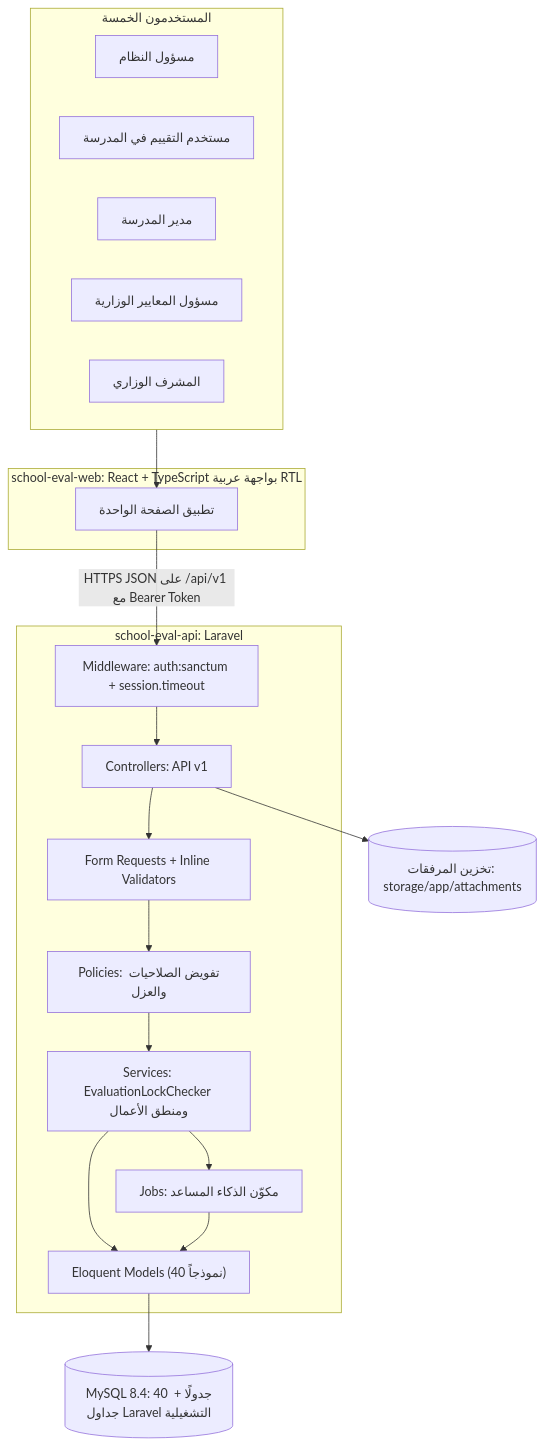
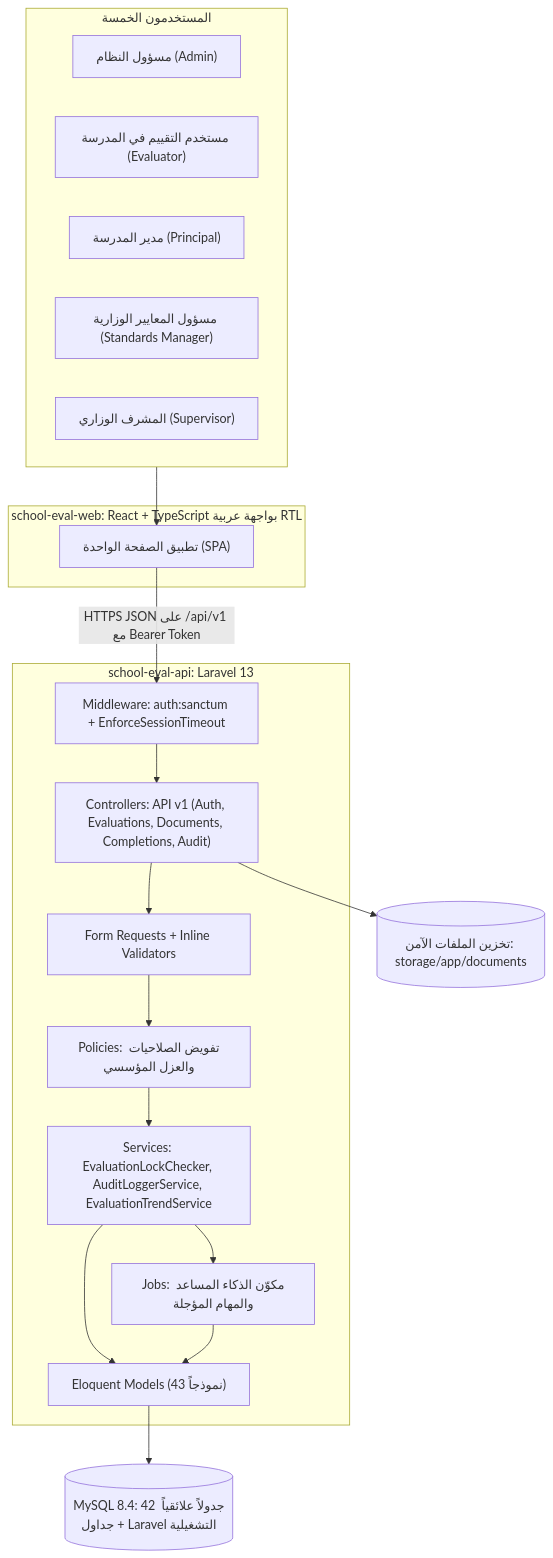
The first of 3 diagrams in docs/chapter4/chapter4_system_design.md (codewizardmx0-lgtm/school-quality-system), drawn with Mermaid before and after one commit. The commit also changed other lines of this file and 16 other files, not shown here.

First line of the commit message:
إضافة مخططات ERD النهائية وخطة تحديث وثيقة التخرج

````diff
--- a/docs/chapter4/chapter4_system_design.md
+++ b/docs/chapter4/chapter4_system_design.md
@@ -100,30 +83,30 @@
 ```mermaid
 flowchart TB
   subgraph Users["المستخدمون الخمسة"]
-    A1["مسؤول النظام"]
-    A2["مستخدم التقييم في المدرسة"]
-    A3["مدير المدرسة"]
-    A4["مسؤول المعايير الوزارية"]
-    A5["المشرف الوزاري"]
+    A1["مسؤول النظام (Admin)"]
+    A2["مستخدم التقييم في المدرسة (Evaluator)"]
+    A3["مدير المدرسة (Principal)"]
+    A4["مسؤول المعايير الوزارية (Standards Manager)"]
+    A5["المشرف الوزاري (Supervisor)"]
   end
   subgraph Web["school-eval-web: React + TypeScript بواجهة عربية RTL"]
-    SPA["تطبيق الصفحة الواحدة"]
+    SPA["تطبيق الصفحة الواحدة (SPA)"]
   end
-  subgraph API["school-eval-api: Laravel"]
-    MW["Middleware: auth:sanctum + session.timeout"]
-    CT["Controllers: API v1"]
+  subgraph API["school-eval-api: Laravel 13"]
+    MW["Middleware: auth:sanctum + EnforceSessionTimeout"]
+    CT["Controllers: API v1 (Auth, Evaluations, Documents, Completions, Audit)"]
     RQ["Form Requests + Inline Validators"]
-    PL["Policies: تفويض الصلاحيات والعزل"]
-    SV["Services: EvaluationLockChecker ومنطق الأعمال"]
-    MD["Eloquent Models (40 نموذجاً)"]
-    JB["Jobs: مكوّن الذكاء المساعد"]
+    PL["Policies: تفويض الصلاحيات والعزل المؤسسي"]
+    SV["Services: EvaluationLockChecker, AuditLoggerService, EvaluationTrendService"]
+    MD["Eloquent Models (43 نموذجاً)"]
+    JB["Jobs: مكوّن الذكاء المساعد والمهام المؤجلة"]
   end
-  DB[("MySQL 8.4: 40 جدولًا + جداول Laravel التشغيلية")]
-  FS[("تخزين المرفقات: storage/app/attachments")]
+  DB[("MySQL 8.4: 42 جدولاً علائقياً + جداول Laravel التشغيلية")]
+  FS[("تخزين الملفات الآمن: storage/app/documents")]
   Users --> SPA
   SPA -->|"HTTPS JSON على /api/v1 مع Bearer Token"| MW
   MW --> CT --> RQ --> PL --> SV --> MD --> DB
   SV --> JB
   JB --> MD
   CT --> FS
 ```
````
